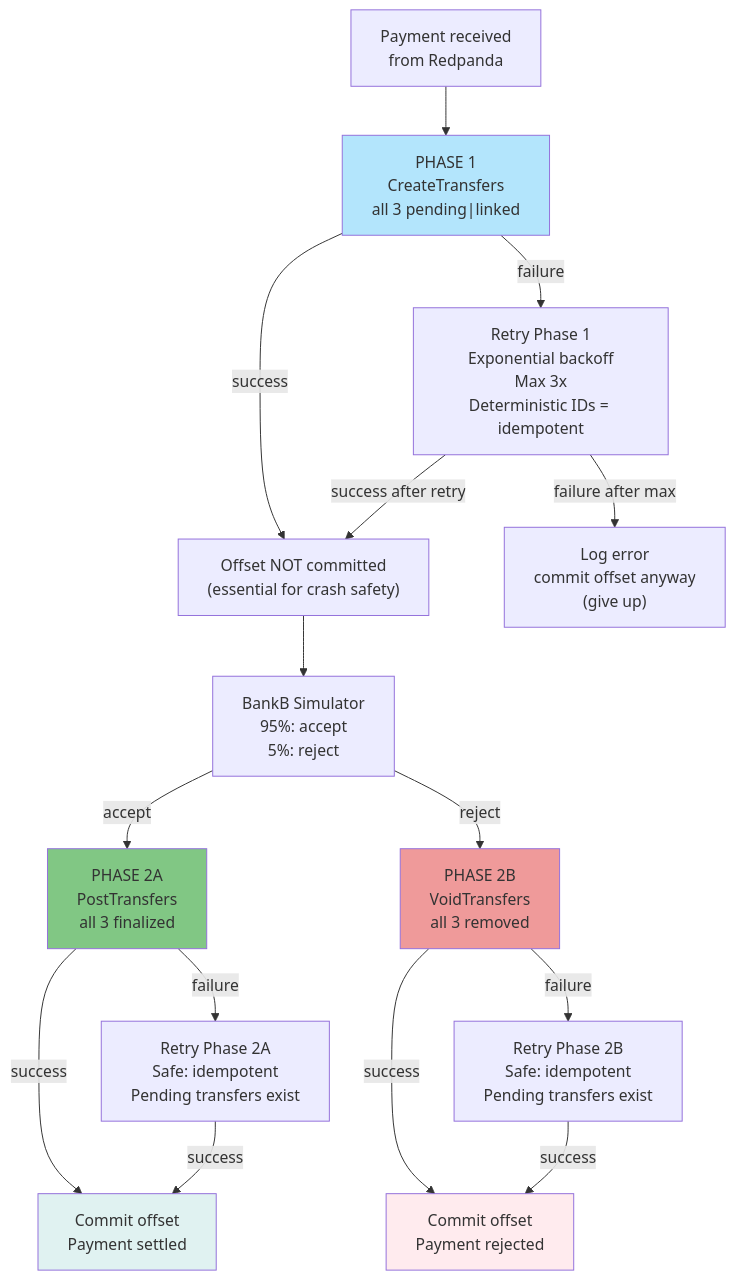
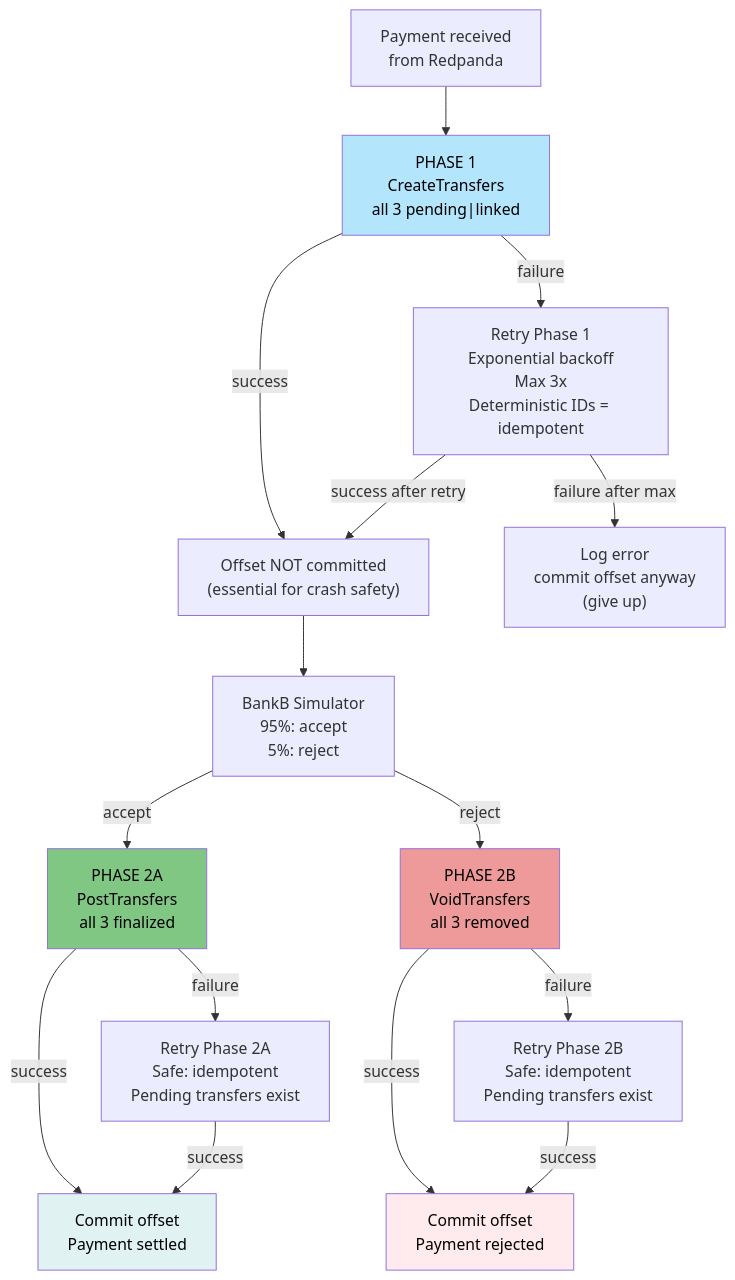
The tenth of 19 diagrams in ARCHITECTURE.md (evertonstz/TigerbeetleMiniPIX), drawn with Mermaid before and after one commit. The commit also changed other lines of this file, not shown here.

Commit message:
docs: improve Mermaid diagram text readability with dark text colors

````diff
--- a/ARCHITECTURE.md
+++ b/ARCHITECTURE.md
@@ -442,32 +442,32 @@
 ```mermaid
 graph TB
     Start["Payment received<br/>from Redpanda"]
     
     Start --> P1["PHASE 1<br/>CreateTransfers<br/>all 3 pending|linked"]
     
     P1 -->|success| Offset["Offset NOT committed<br/>(essential for crash safety)"]
     P1 -->|failure| Retry["Retry Phase 1<br/>Exponential backoff<br/>Max 3x<br/>Deterministic IDs = idempotent"]
     
     Retry -->|success after retry| Offset
     Retry -->|failure after max| DeadLetter["Log error<br/>commit offset anyway<br/>(give up)"]
     
     Offset --> Decision["BankB Simulator<br/>95%: accept<br/>5%: reject"]
     
     Decision -->|accept| P2A["PHASE 2A<br/>PostTransfers<br/>all 3 finalized"]
     Decision -->|reject| P2B["PHASE 2B<br/>VoidTransfers<br/>all 3 removed"]
     
     P2A -->|success| Commit1["Commit offset<br/>Payment settled"]
     P2B -->|success| Commit2["Commit offset<br/>Payment rejected"]
     
     P2A -->|failure| P2ARetry["Retry Phase 2A<br/>Safe: idempotent<br/>Pending transfers exist"]
     P2B -->|failure| P2BRetry["Retry Phase 2B<br/>Safe: idempotent<br/>Pending transfers exist"]
     
     P2ARetry -->|success| Commit1
     P2BRetry -->|success| Commit2
     
-    style P1 fill:#b3e5fc
-    style P2A fill:#81c784
-    style P2B fill:#ef9a9a
-    style Commit1 fill:#e0f2f1
-    style Commit2 fill:#ffebee
+    style P1 fill:#b3e5fc,color:#000
+    style P2A fill:#81c784,color:#000
+    style P2B fill:#ef9a9a,color:#000
+    style Commit1 fill:#e0f2f1,color:#000
+    style Commit2 fill:#ffebee,color:#000
 ```
````
